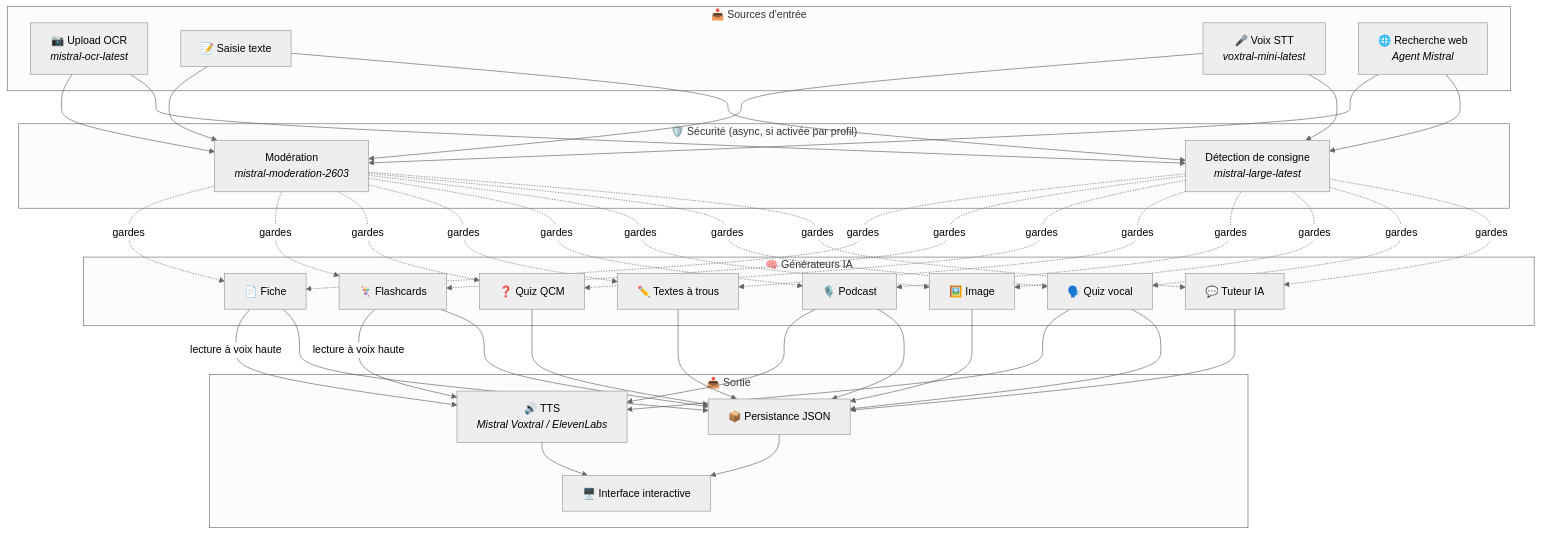
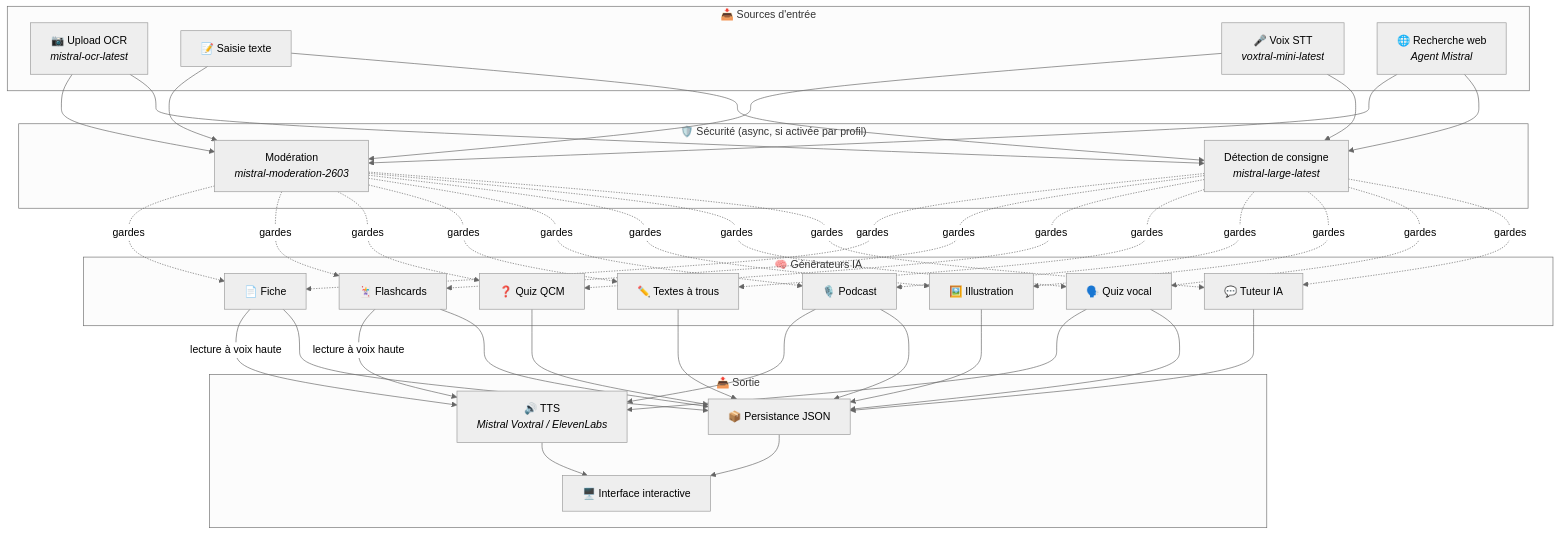
One commit to jls42/EurekAI changed the first of 3 diagrams in README-ar.md. Above: the diagram before and after it, drawn with Mermaid (neutral theme). The commit also changed other lines of this file and 18 other files, not shown here.

````diff
--- a/README-ar.md
+++ b/README-ar.md
@@ -72,40 +72,40 @@
 ```mermaid
 graph TD
     subgraph "📥 Sources d'entrée"
         OCR["📷 Upload OCR<br/><i>mistral-ocr-latest</i>"]
         TXT["📝 Saisie texte"]
         MIC["🎤 Voix STT<br/><i>voxtral-mini-latest</i>"]
         WEB["🌐 Recherche web<br/><i>Agent Mistral</i>"]
     end
 
     subgraph "🛡️ Sécurité (async, si activée par profil)"
         MOD["Modération<br/><i>mistral-moderation-2603</i>"]
         CON["Détection de consigne<br/><i>mistral-large-latest</i>"]
     end
 
     subgraph "🧠 Générateurs IA"
         SUM["📄 Fiche"]
         FC["🃏 Flashcards"]
         QZ["❓ Quiz QCM"]
         FB["✏️ Textes à trous"]
         POD["🎙️ Podcast"]
-        IMG["🖼️ Image"]
+        IMG["🖼️ Illustration"]
         QV["🗣️ Quiz vocal"]
         CHAT["💬 Tuteur IA"]
     end
 
     subgraph "📤 Sortie"
         TTS["🔊 TTS<br/><i>Mistral Voxtral / ElevenLabs</i>"]
         JSON["📦 Persistance JSON"]
         UI["🖥️ Interface interactive"]
     end
 
     OCR & TXT & MIC & WEB --> MOD & CON
     MOD & CON -.->|gardes| SUM & FC & QZ & FB & POD & IMG & QV & CHAT
     POD --> TTS
     QV --> TTS
     SUM & FC -->|lecture à voix haute| TTS
     SUM & FC & QZ & FB & POD & IMG & QV & CHAT --> JSON
     JSON --> UI
     TTS --> UI
 ```
````
